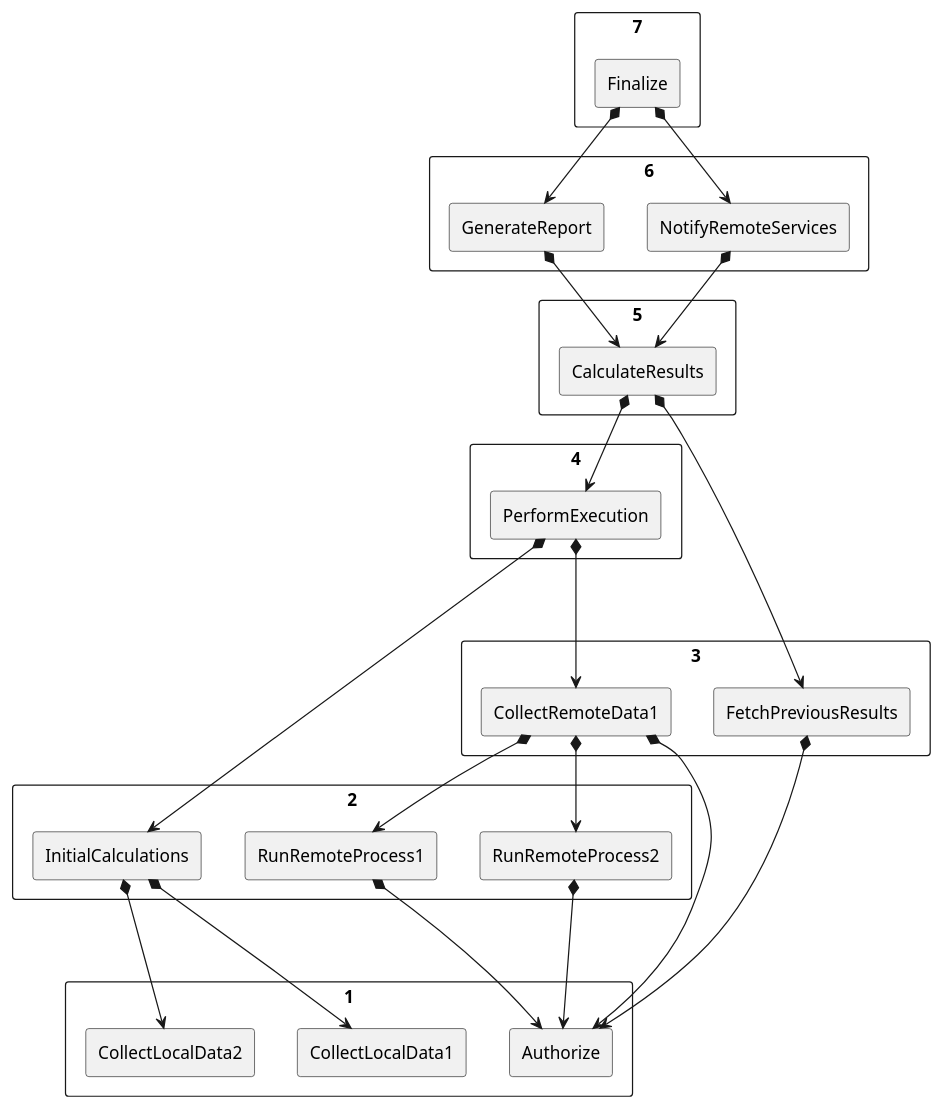
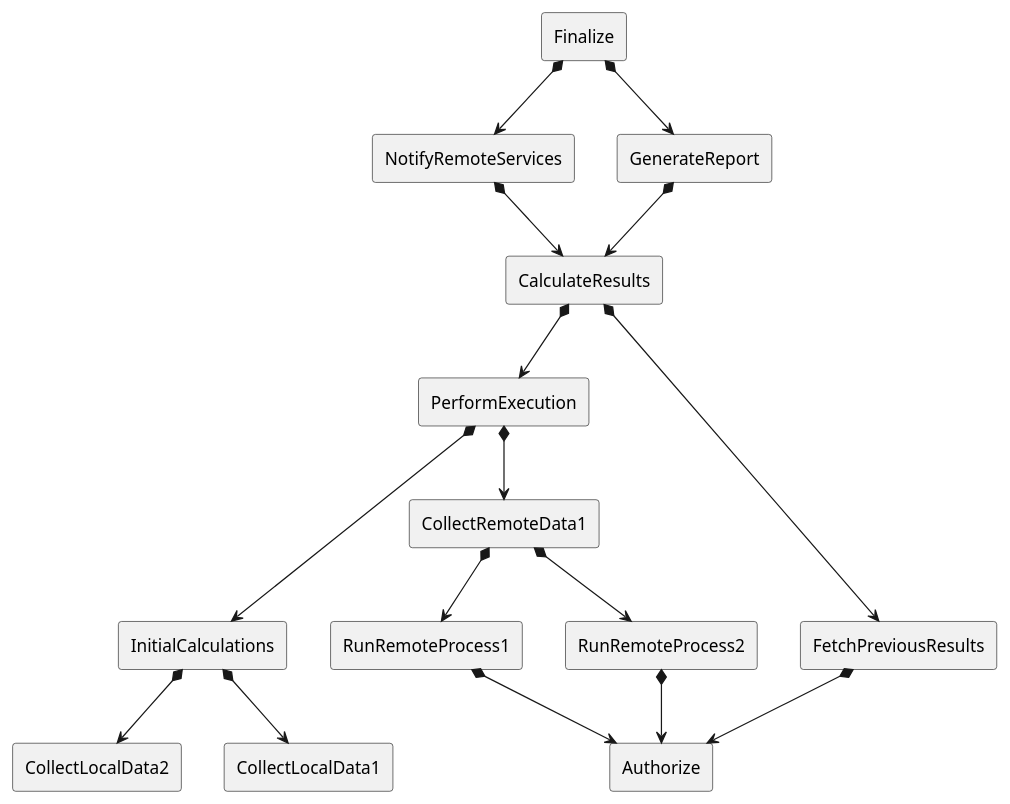
One commit to Flank/flank changed the diagram in docs/hld/parallel-example-graph.puml. Above: the diagram before and after it, drawn with PlantUML.

Commit message:
Update diagram

```diff
--- a/docs/hld/parallel-example-graph.puml
+++ b/docs/hld/parallel-example-graph.puml
@@ -1,62 +1,52 @@
 @startuml
 'https://plantuml.com/component-diagram
 skinparam componentStyle rectangle
 
-rectangle 7 {
 component Finalize
-}
 
-rectangle 6 {
 component NotifyRemoteServices
 component GenerateReport
-}
 
-rectangle 5 {
 component CalculateResults
-}
 
-rectangle 4 {
 component PerformExecution
-}
 
-rectangle 3 {
 component CollectRemoteData1
 component FetchPreviousResults
-}
 
-rectangle 2 {
 component InitialCalculations
 component RunRemoteProcess1
 component RunRemoteProcess2
-}
 
-rectangle 1 {
 component CollectLocalData2
 component CollectLocalData1
 component Authorize
-}
 
 Finalize *--> GenerateReport
 Finalize *--> NotifyRemoteServices
 
 GenerateReport *--> CalculateResults
 NotifyRemoteServices *--> CalculateResults
 
 CalculateResults *--> PerformExecution
 CalculateResults *--> FetchPreviousResults
 
-PerformExecution *----> InitialCalculations
-PerformExecution *--> CollectRemoteData1
-FetchPreviousResults *---> Authorize
-
 InitialCalculations *--> CollectLocalData1
 InitialCalculations *--> CollectLocalData2
 
-CollectRemoteData1 *--> Authorize
+PerformExecution *--> CollectRemoteData1
+PerformExecution *---> InitialCalculations
+
+FetchPreviousResults *--> Authorize
+
+InitialCalculations -[hidden]r- RunRemoteProcess1
+
 CollectRemoteData1 *--> RunRemoteProcess1
 CollectRemoteData1 *--> RunRemoteProcess2
 
-RunRemoteProcess1 *---> Authorize
-RunRemoteProcess2 *---> Authorize
+RunRemoteProcess1 *--> Authorize
+RunRemoteProcess2 *--> Authorize
+RunRemoteProcess2 -[hidden]r- FetchPreviousResults
+
 
 @enduml
```
